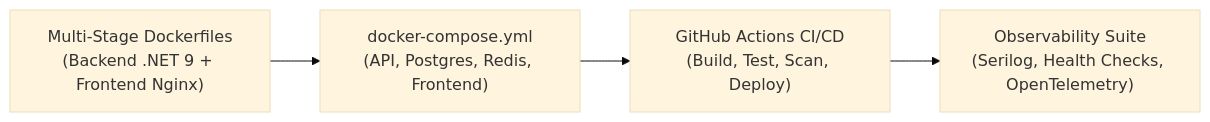
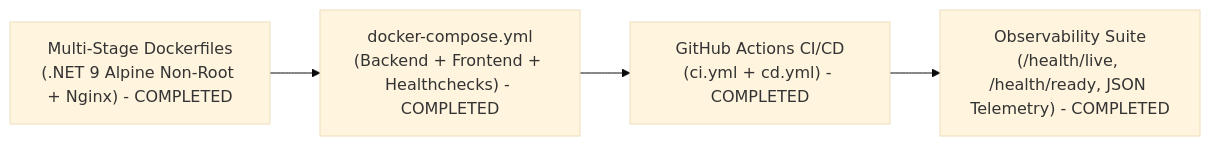
One commit to davitglonti/totc-elearning changed the seventh of 9 diagrams in IMPLEMENTATION_ROADMAP.md. Above: the diagram before and after it, drawn with Mermaid (base theme). The commit also changed other lines of this file and 19 other files, not shown here.

Commit message:
feat(phase-4-5): complete Phase 4 and Phase 5 - xUnit test harness, Dockerization, GitHub Actions CI/CD, and healthcheck telemetry

````diff
--- a/IMPLEMENTATION_ROADMAP.md
+++ b/IMPLEMENTATION_ROADMAP.md
@@ -350,6 +369,6 @@
 ```mermaid
 flowchart LR
-    Docker["Multi-Stage Dockerfiles\n(Backend .NET 9 + Frontend Nginx)"] --> Compose["docker-compose.yml\n(API, Postgres, Redis, Frontend)"]
-    Compose --> Pipeline["GitHub Actions CI/CD\n(Build, Test, Scan, Deploy)"]
-    Pipeline --> Observability["Observability Suite\n(Serilog, Health Checks, OpenTelemetry)"]
+    Docker["Multi-Stage Dockerfiles\n(.NET 9 Alpine Non-Root + Nginx) - COMPLETED"] --> Compose["docker-compose.yml\n(Backend + Frontend + Healthchecks) - COMPLETED"]
+    Compose --> Pipeline["GitHub Actions CI/CD\n(ci.yml + cd.yml) - COMPLETED"]
+    Pipeline --> Observability["Observability Suite\n(/health/live, /health/ready, JSON Telemetry) - COMPLETED"]
 ```
````
